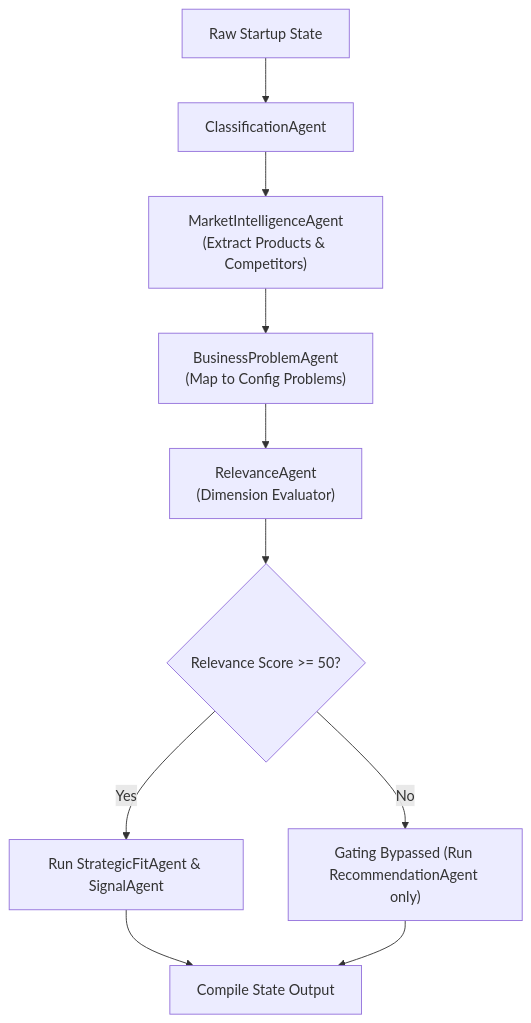
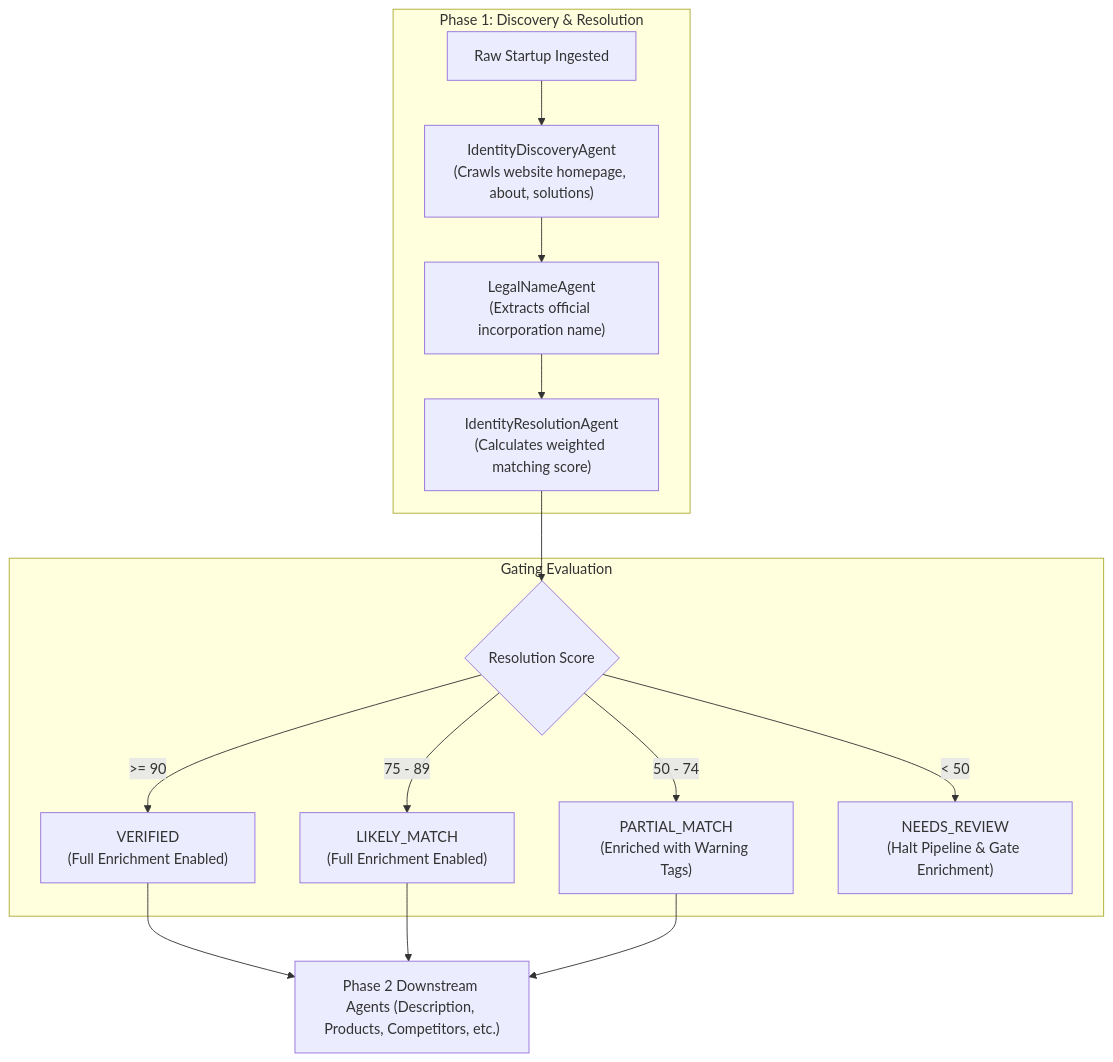
The fifth of 6 diagrams in docs/architecture/Startup_Intelligence_Architecture_Documentation.md (anuragbhayalprojects/startup-intelligence), drawn with Mermaid before and after one commit. The commit also changed other lines of this file and 65 other files, not shown here.

Commit message:
fix: standardize brand name cleaning, optimize legal name and funding extraction in multi-agent ingestion pipeline

````diff
--- a/docs/architecture/Startup_Intelligence_Architecture_Documentation.md
+++ b/docs/architecture/Startup_Intelligence_Architecture_Documentation.md
@@ -470,12 +259,18 @@
 ```mermaid
 graph TD
-    A["Raw Startup State"] --> B["ClassificationAgent"]
-    B --> C["MarketIntelligenceAgent<br/>(Extract Products & Competitors)"]
-    C --> D["BusinessProblemAgent<br/>(Map to Config Problems)"]
-    D --> E["RelevanceAgent<br/>(Dimension Evaluator)"]
-    E --> F{"Relevance Score >= 50?"}
-    F -->|Yes| G["Run StrategicFitAgent & SignalAgent"]
-    F -->|No| H["Gating Bypassed (Run RecommendationAgent only)"]
-    G --> I["Compile State Output"]
-    H --> I
+    subgraph Phase 1: Discovery & Resolution
+        A["Raw Startup Ingested"] --> B["IdentityDiscoveryAgent<br/>(Crawls website homepage, about, solutions)"]
+        B --> C["LegalNameAgent<br/>(Extracts official incorporation name)"]
+        C --> D["IdentityResolutionAgent<br/>(Calculates weighted matching score)"]
+    end
+    
+    subgraph Gating Evaluation
+        D --> E{"Resolution Score"}
+        E -->|">= 90"| F["VERIFIED<br/>(Full Enrichment Enabled)"]
+        E -->|"75 - 89"| G["LIKELY_MATCH<br/>(Full Enrichment Enabled)"]
+        E -->|"50 - 74"| H["PARTIAL_MATCH<br/>(Enriched with Warning Tags)"]
+        E -->|"< 50"| I["NEEDS_REVIEW<br/>(Halt Pipeline & Gate Enrichment)"]
+    end
+
+    F & G & H --> J["Phase 2 Downstream Agents (Description, Products, Competitors, etc.)"]
 ```
````
